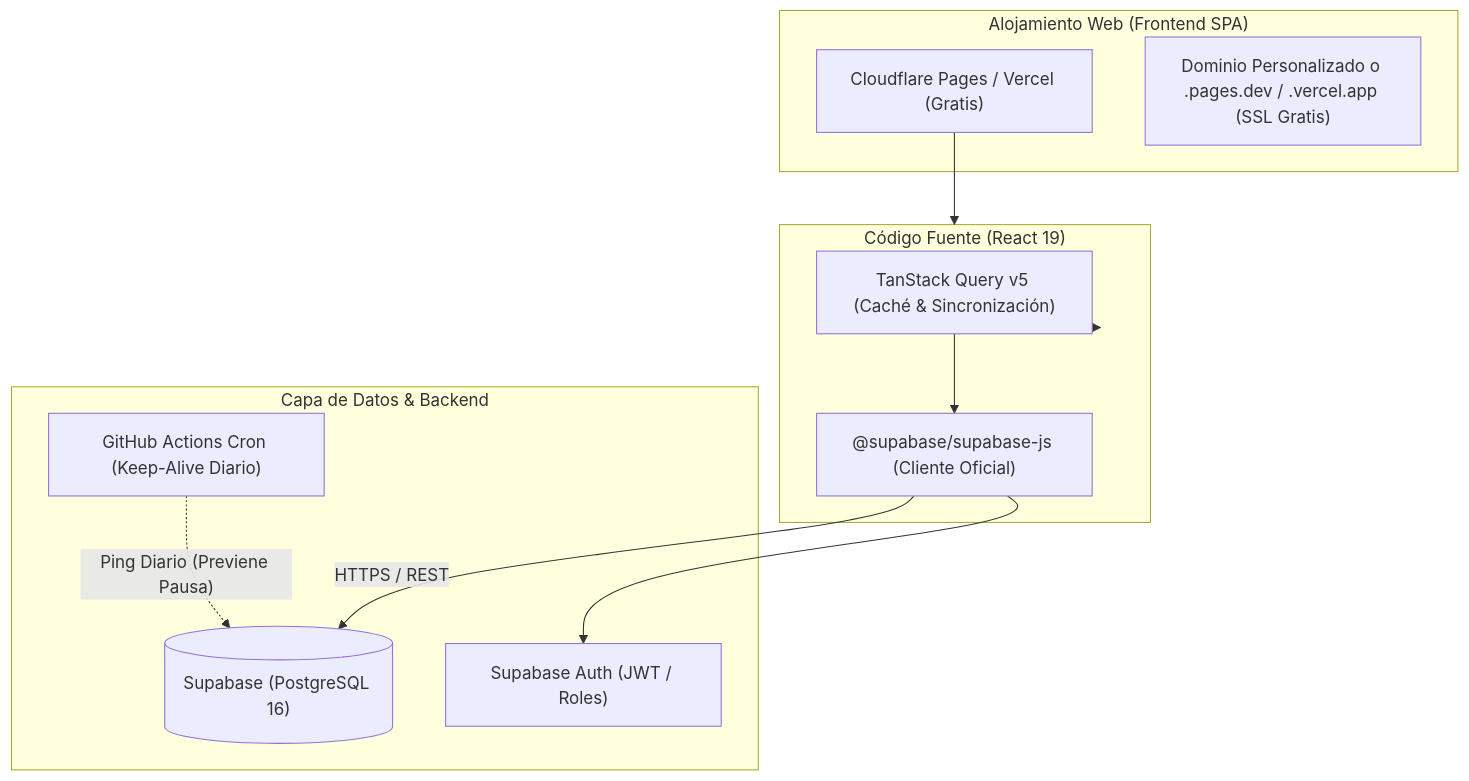
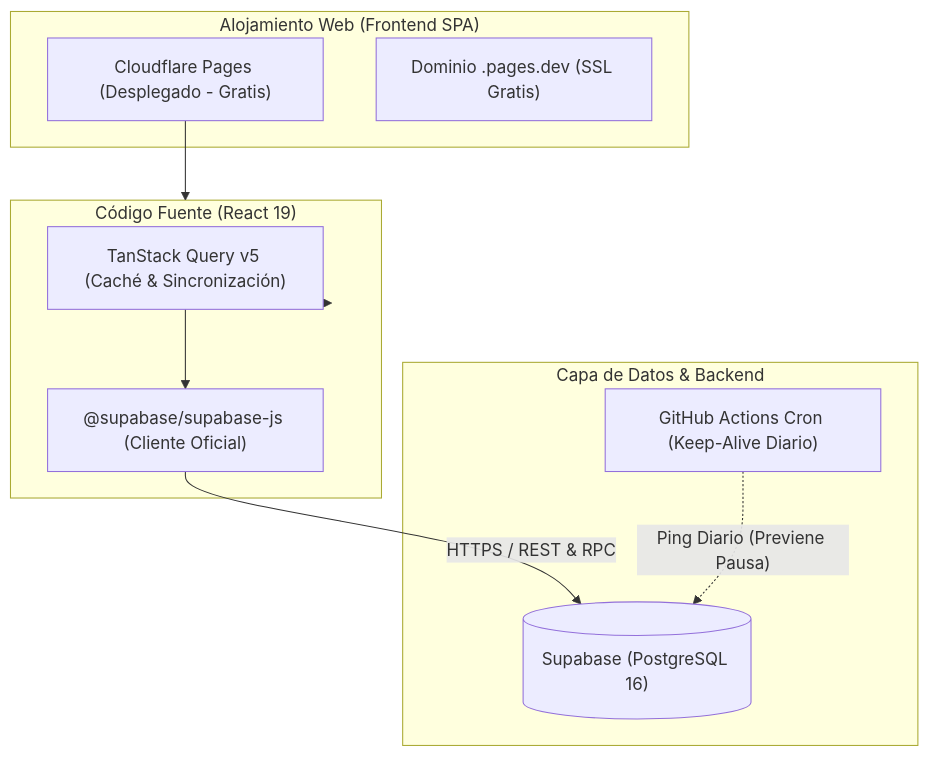
Before and after one commit to MatthewR54/Vivero: the diagram in DEPLOYMENT_GUIDE.md, drawn with Mermaid. The commit also changed other lines of this file and 13 other files, not shown here.

````diff
--- a/DEPLOYMENT_GUIDE.md
+++ b/DEPLOYMENT_GUIDE.md
@@ -28,25 +28,23 @@
 ```mermaid
 flowchart TD
     subgraph FrontendHosting ["Alojamiento Web (Frontend SPA)"]
-        CF["Cloudflare Pages / Vercel (Gratis)"]
-        Domain["Dominio Personalizado o .pages.dev / .vercel.app (SSL Gratis)"]
+        CF["Cloudflare Pages (Desplegado - Gratis)"]
+        Domain["Dominio .pages.dev (SSL Gratis)"]
     end
 
     subgraph DataLayer ["Capa de Datos & Backend"]
         SB[("Supabase (PostgreSQL 16)")]
         KeepAlive["GitHub Actions Cron (Keep-Alive Diario)"]
-        Auth["Supabase Auth (JWT / Roles)"]
     end
 
     subgraph AppInternals ["Código Fuente (React 19)"]
         TQ["TanStack Query v5 (Caché & Sincronización)"]
         SBC["@supabase/supabase-js (Cliente Oficial)"]
     end
 
     CF --> AppInternals
     AppInternals --> TQ
     TQ --> SBC
-    SBC -->|"HTTPS / REST"| SB
-    SBC --> Auth
+    SBC -->|"HTTPS / REST & RPC"| SB
     KeepAlive -.->|"Ping Diario (Previene Pausa)"| SB
 ```
````
